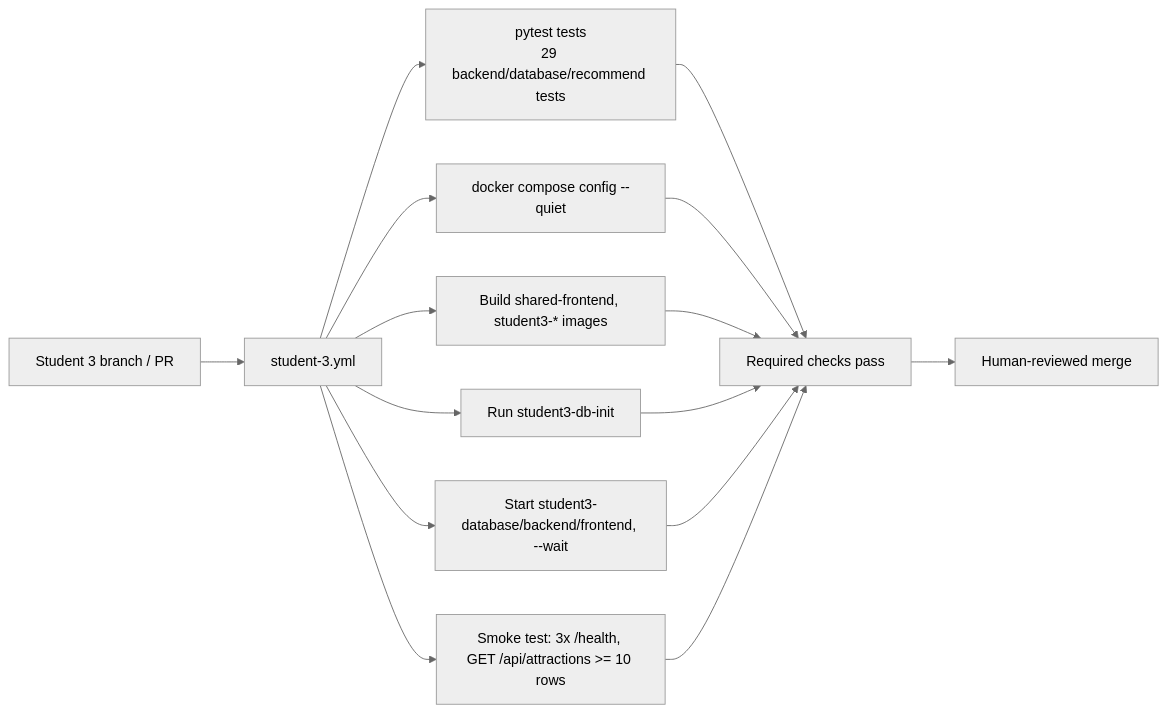
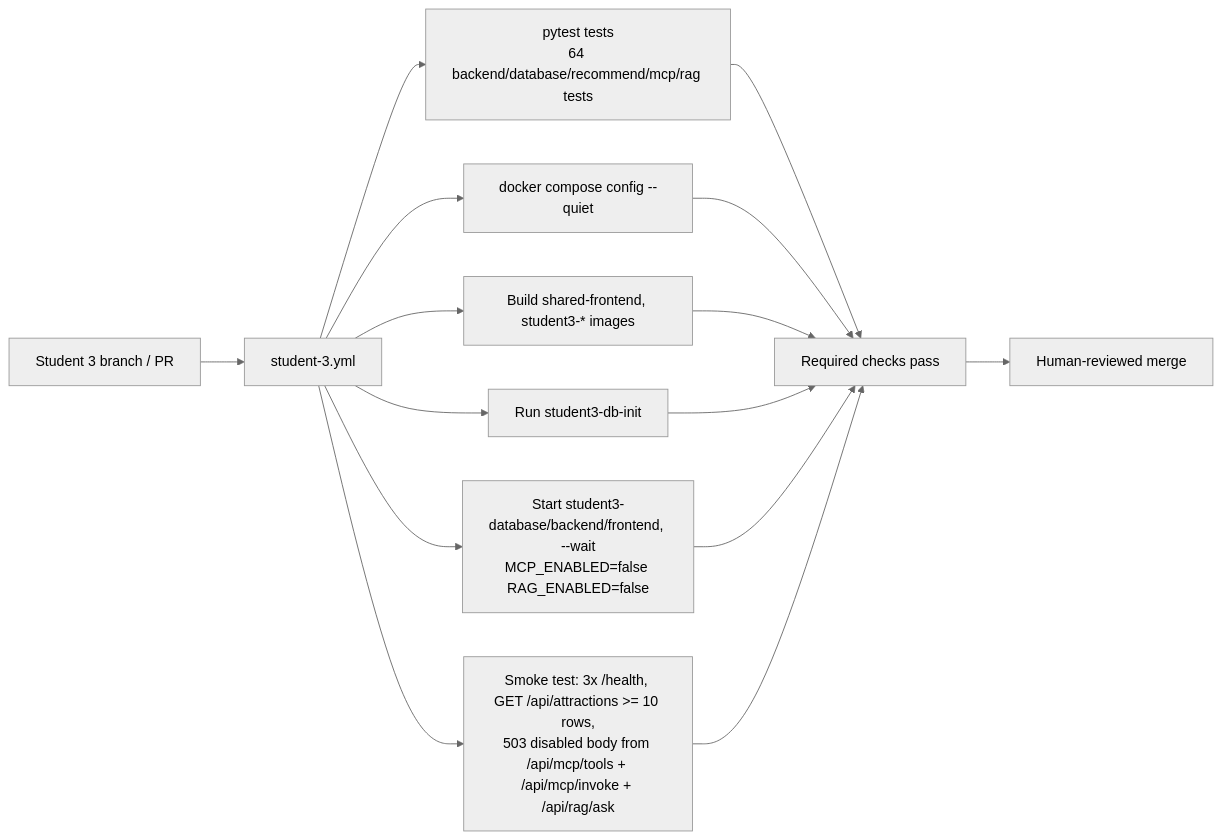
Before and after one commit to LucLeMoenic/Advanced-Software-Development-Project: the ninth of 11 diagrams in student-3/docs/architecture.md, drawn with Mermaid (neutral theme). The commit also changed other lines of this file and 6 other files, not shown here.

````diff
--- a/student-3/docs/architecture.md
+++ b/student-3/docs/architecture.md
@@ -120,17 +249,17 @@
 ```mermaid
 flowchart LR
     C[Student 3 branch / PR] --> A[student-3.yml]
-    A --> PT[pytest tests<br/>29 backend/database/recommend tests]
+    A --> PT["pytest tests<br/>64 backend/database/recommend/mcp/rag tests"]
     A --> CC[docker compose config --quiet]
     A --> DB[Build shared-frontend, student3-* images]
     A --> INIT2[Run student3-db-init]
-    A --> UP[Start student3-database/backend/frontend, --wait]
-    A --> SMOKE["Smoke test: 3x /health, GET /api/attractions >= 10 rows"]
+    A --> UP["Start student3-database/backend/frontend, --wait<br/>MCP_ENABLED=false RAG_ENABLED=false"]
+    A --> SMOKE["Smoke test: 3x /health, GET /api/attractions >= 10 rows,<br/>503 disabled body from /api/mcp/tools + /api/mcp/invoke + /api/rag/ask"]
     PT --> G[Required checks pass]
     CC --> G
     DB --> G
     INIT2 --> G
     UP --> G
     SMOKE --> G
     G --> M[Human-reviewed merge]
 ```
````
